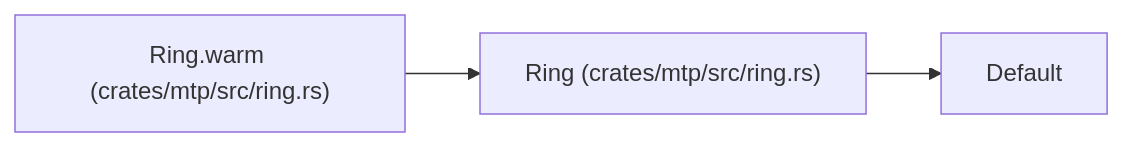
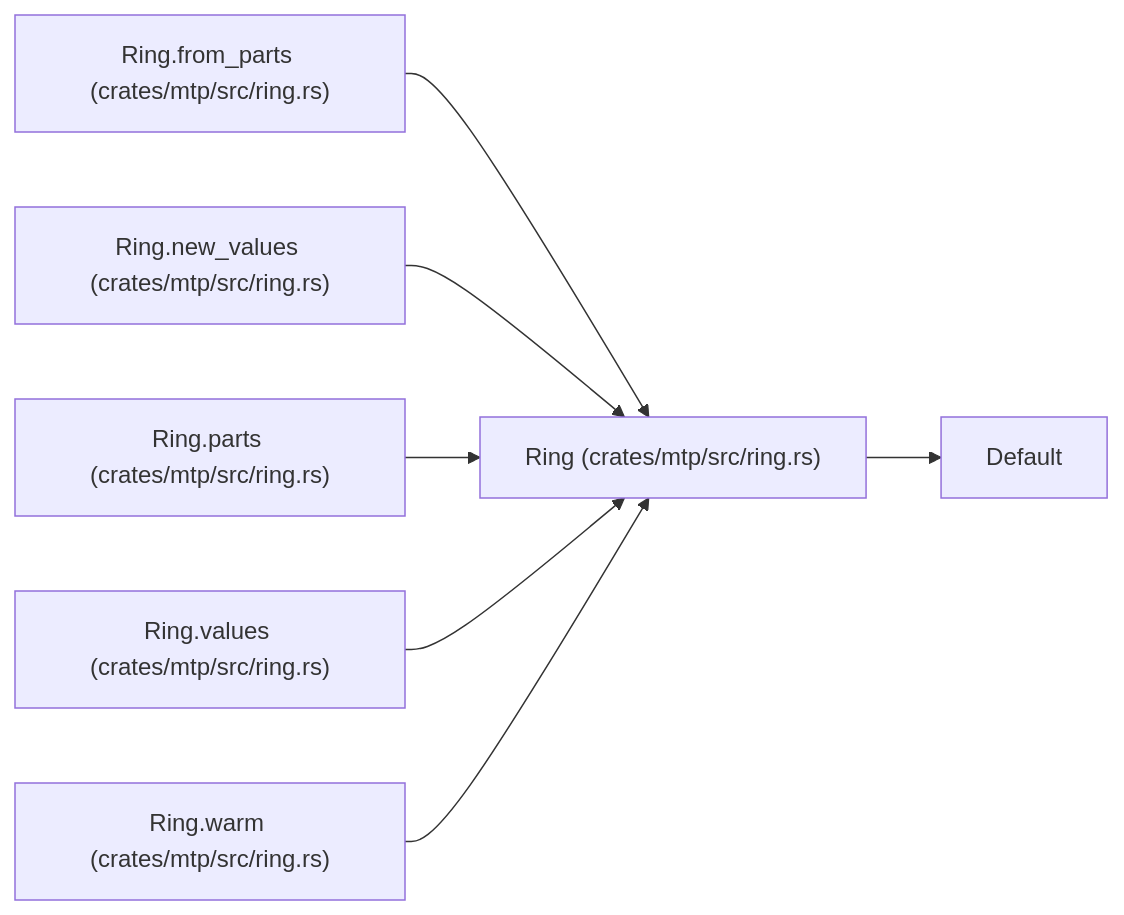
The diagram in docs/llm_wiki/entities/Ring.md (tcrypt25519/zkpow), drawn with Mermaid before and after one commit. The commit also changed other lines of this file and 90 other files, not shown here.

````diff
--- a/docs/llm_wiki/entities/Ring.md
+++ b/docs/llm_wiki/entities/Ring.md
@@ -50,10 +52,22 @@
 ```mermaid
 flowchart LR
     n0["Ring (crates/mtp/src/ring.rs)"]
     n1["Default"]
-    n2["Ring.warm (crates/mtp/src/ring.rs)"]
+    n2["Ring.from_parts (crates/mtp/src/ring.rs)"]
+    n3["Ring.new_values (crates/mtp/src/ring.rs)"]
+    n4["Ring.parts (crates/mtp/src/ring.rs)"]
+    n5["Ring.values (crates/mtp/src/ring.rs)"]
+    n6["Ring.warm (crates/mtp/src/ring.rs)"]
     n0 --> n1
     n2 --> n0
+    n3 --> n0
+    n4 --> n0
+    n5 --> n0
+    n6 --> n0
     click n0 "../modules/ring.md"
     click n2 "../modules/ring.md"
+    click n3 "../modules/ring.md"
+    click n4 "../modules/ring.md"
+    click n5 "../modules/ring.md"
+    click n6 "../modules/ring.md"
 ```
````
